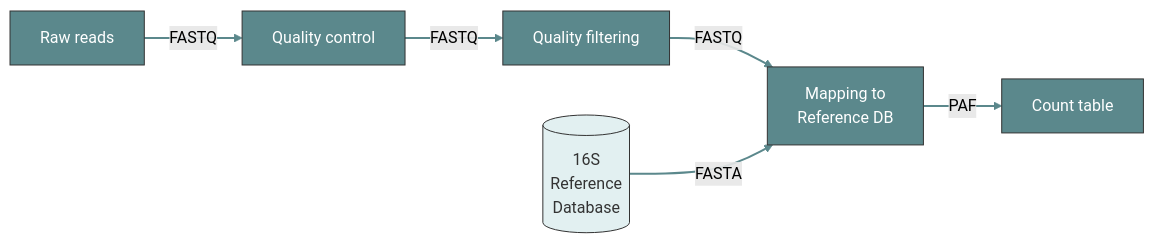
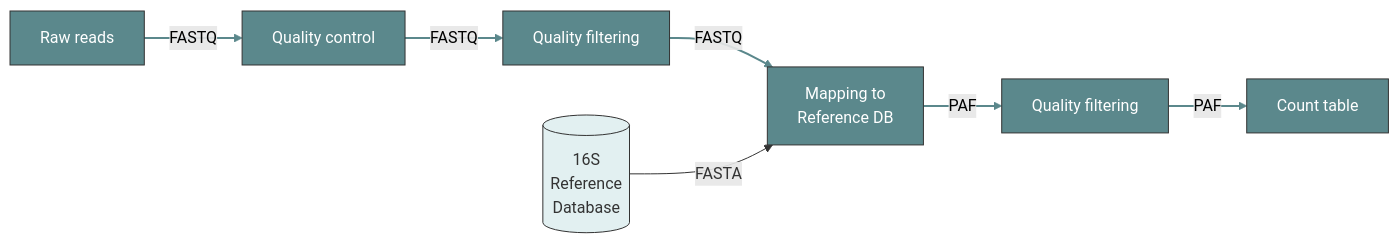
The diagram in slides/day01.qmd (ndombrowski/MicEco2025), drawn with Mermaid before and after one commit. The commit also changed other lines of this file and 8 other files, not shown here.

````diff
--- a/slides/day01.qmd
+++ b/slides/day01.qmd
@@ -81,21 +81,22 @@
 ```{mermaid}
 flowchart LR
     classDef greenfill fill:#5B888C,stroke:#333,stroke-width:1,color:#fff;
     classDef dbfill fill:#E2F0F1,stroke:#333,stroke-width:1,color:#333;
 
     %% Workflow boxes
     A[Raw reads] -->|FASTQ| B[Quality control]
     B -->|FASTQ| C[Quality filtering]
     C -->|FASTQ| D[Mapping to <br> Reference DB]
-    D -->|PAF| E[Count table]
+    D -->|PAF| E[Quality filtering]
+    E -->|PAF| F[Count table]
 
     %% Reference database node
     DB[(16S <br> Reference  <br> Database)] -->|FASTA| D  
 
     %% Assign classes after nodes exist
-    class A,B,C,D,E greenfill
+    class A,B,C,D,E,F greenfill
     class DB dbfill
 
     %% Arrow styles (index starts at 0 for first arrow)
     linkStyle 0,1,2,3,4 stroke:#5B888C,stroke-width:2,color:#000, fill: none
 ```
````
